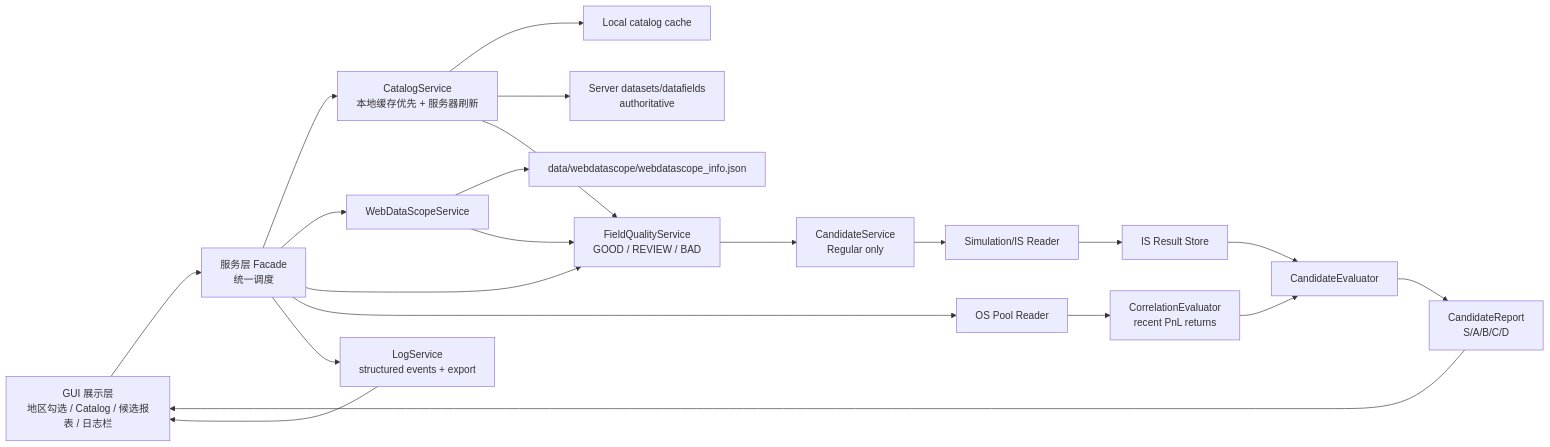
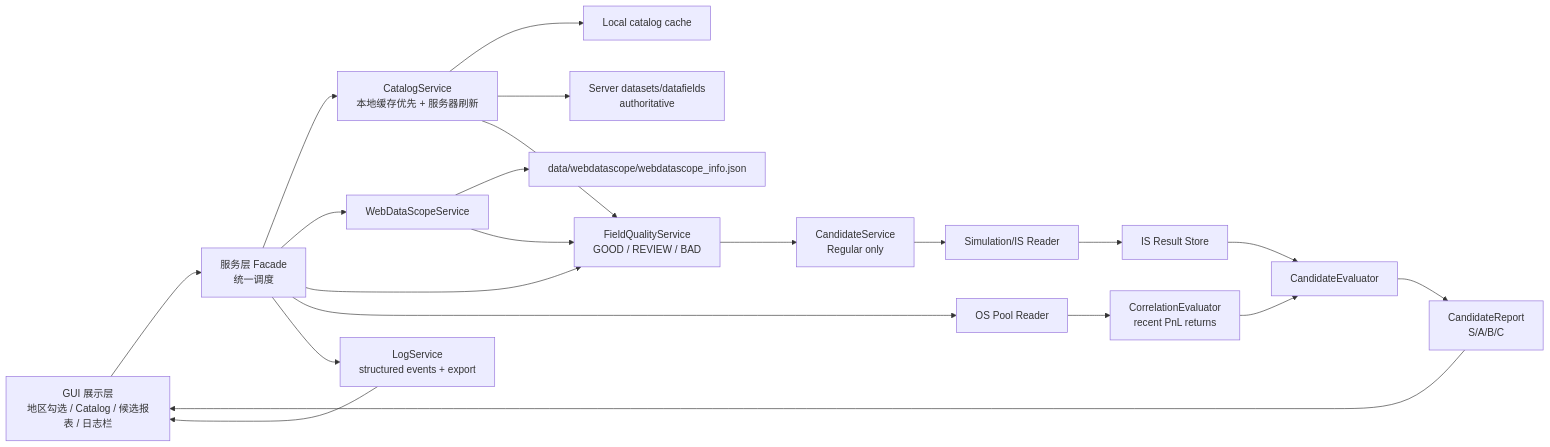
One commit to LuckDogGuan/WQ-Consultant changed the second of 3 diagrams in doc/workflow/candidate_submission_workflow.md. Above: the diagram before and after it, drawn with Mermaid. The commit also changed other lines of this file and 35 other files, not shown here.

````diff
--- a/doc/workflow/candidate_submission_workflow.md
+++ b/doc/workflow/candidate_submission_workflow.md
@@ -126,29 +126,29 @@
 ```mermaid
 flowchart LR
     UI["GUI 展示层<br/>地区勾选 / Catalog / 候选报表 / 日志栏"] --> API["服务层 Facade<br/>统一调度"]
 
     API --> CAT["CatalogService<br/>本地缓存优先 + 服务器刷新"]
     CAT --> LC["Local catalog cache"]
     CAT --> SC["Server datasets/datafields<br/>authoritative"]
 
     API --> WDS["WebDataScopeService"]
     WDS --> WFILE["data/webdatascope/webdatascope_info.json"]
 
     API --> FQ["FieldQualityService<br/>GOOD / REVIEW / BAD"]
     CAT --> FQ
     WDS --> FQ
 
     FQ --> GEN["CandidateService<br/>Regular only"]
     GEN --> SIM["Simulation/IS Reader"]
     SIM --> IS["IS Result Store"]
 
     API --> OSR["OS Pool Reader"]
     OSR --> CORR["CorrelationEvaluator<br/>recent PnL returns"]
     IS --> EVAL["CandidateEvaluator"]
     CORR --> EVAL
 
-    EVAL --> REP["CandidateReport<br/>S/A/B/C/D"]
+    EVAL --> REP["CandidateReport<br/>S/A/B/C"]
     API --> LOG["LogService<br/>structured events + export"]
     REP --> UI
     LOG --> UI
 ```
````
